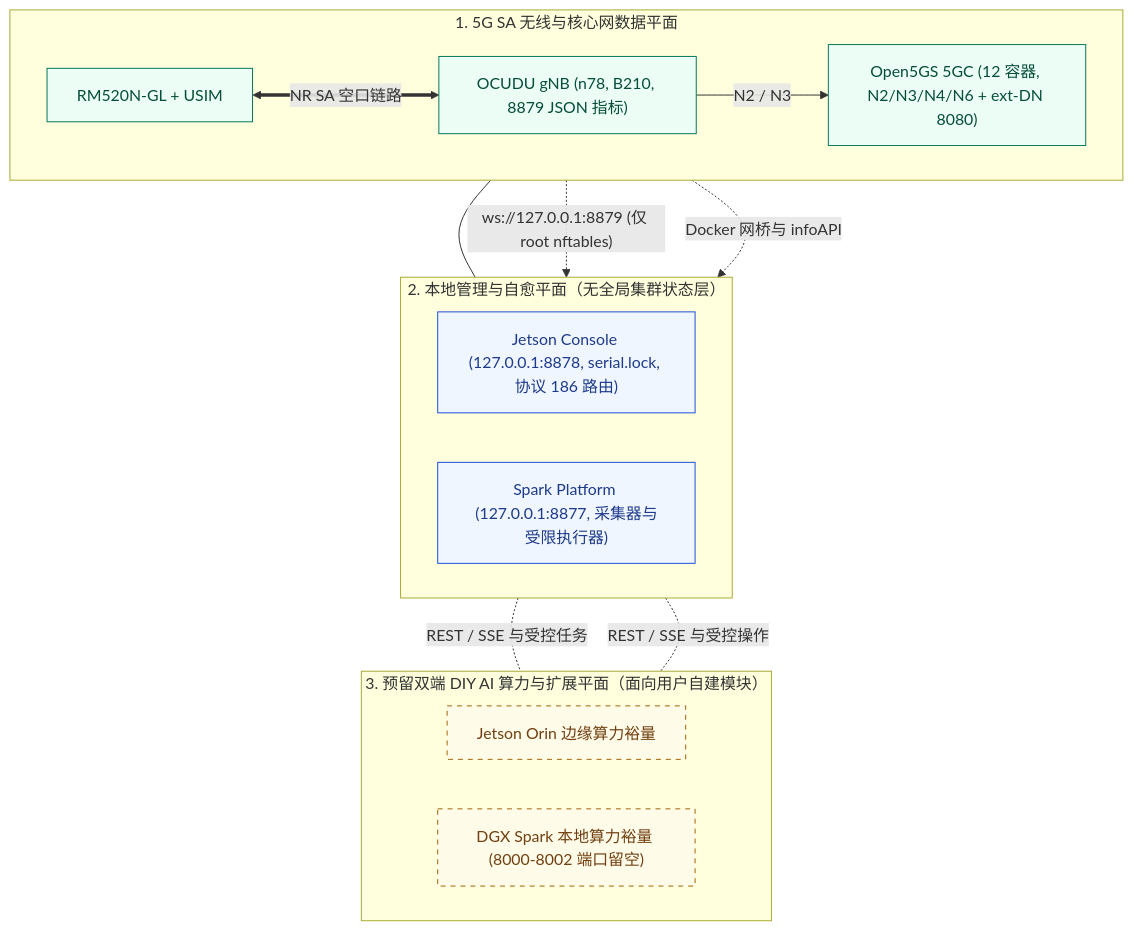
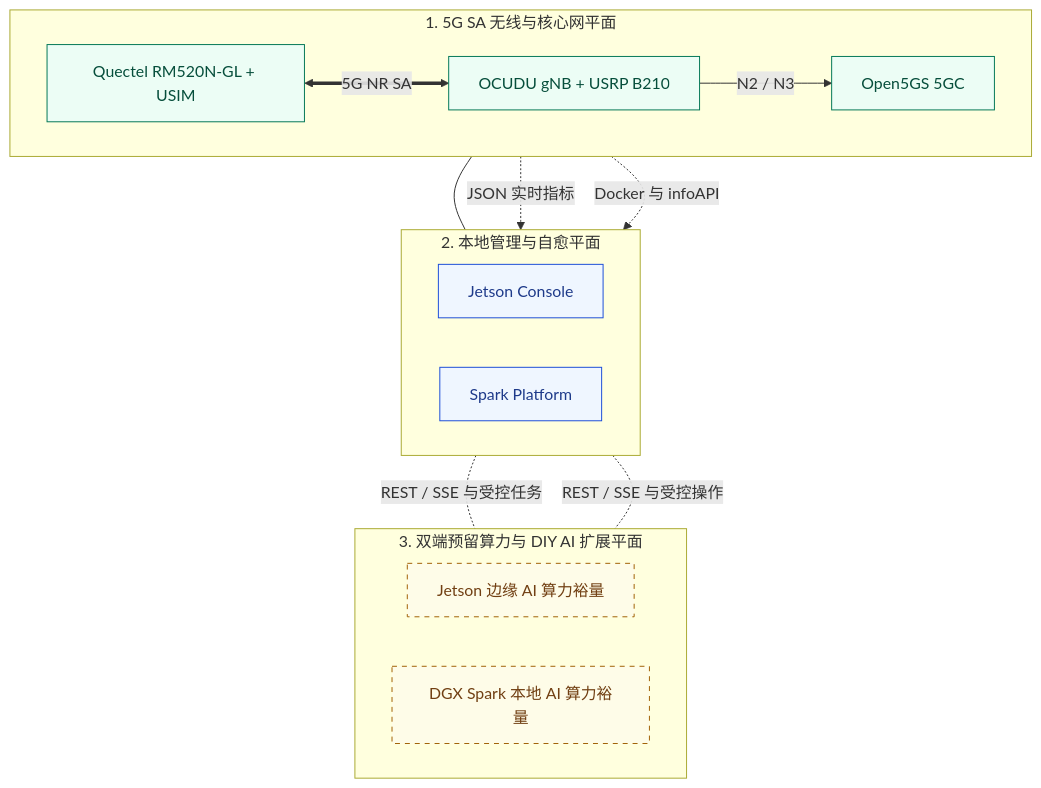
One commit to HKUOpenSource/OpenAirKit changed the diagram in docs/architecture.zh-CN.md. Above: the diagram before and after it, drawn with Mermaid. The commit also changed other lines of this file and 48 other files, not shown here.

````diff
--- a/docs/architecture.zh-CN.md
+++ b/docs/architecture.zh-CN.md
@@ -14,34 +19,33 @@
 ```mermaid
 flowchart TB
-  classDef hw fill:#f1f5f9,stroke:#475569,color:#0f172a
   classDef stack fill:#ecfdf5,stroke:#047857,color:#064e3b
   classDef mgmt fill:#eff6ff,stroke:#1d4ed8,color:#1e3a8a
   classDef ai fill:#fefce8,stroke:#a16207,stroke-dasharray:5 5,color:#713f12
 
-  subgraph AI["3. 预留双端 DIY AI 算力与扩展平面（面向用户自建模块）"]
+  subgraph AI["3. 双端预留算力与 DIY AI 扩展平面"]
     direction LR
-    JAI["Jetson Orin 边缘算力裕量"]:::ai
-    SAI["DGX Spark 本地算力裕量 (8000-8002 端口留空)"]:::ai
+    JAI["Jetson 边缘 AI 算力裕量"]:::ai
+    SAI["DGX Spark 本地 AI 算力裕量"]:::ai
   end
 
-  subgraph MGMT["2. 本地管理与自愈平面（无全局集群状态层）"]
+  subgraph MGMT["2. 本地管理与自愈平面"]
     direction LR
-    JC["Jetson Console (127.0.0.1:8878, serial.lock, 协议 186 路由)"]:::mgmt
-    SP["Spark Platform (127.0.0.1:8877, 采集器与受限执行器)"]:::mgmt
+    JC["Jetson Console"]:::mgmt
+    SP["Spark Platform"]:::mgmt
   end
 
-  subgraph STACK["1. 5G SA 无线与核心网数据平面"]
+  subgraph STACK["1. 5G SA 无线与核心网平面"]
     direction LR
-    RM["RM520N-GL + USIM"]:::stack
-    GNB["OCUDU gNB (n78, B210, 8879 JSON 指标)"]:::stack
-    CORE["Open5GS 5GC (12 容器, N2/N3/N4/N6 + ext-DN 8080)"]:::stack
-    RM <== "NR SA 空口链路" ==> GNB
+    RM["Quectel RM520N-GL + USIM"]:::stack
+    GNB["OCUDU gNB + USRP B210"]:::stack
+    CORE["Open5GS 5GC"]:::stack
+    RM <== "5G NR SA" ==> GNB
     GNB -- "N2 / N3" --> CORE
   end
 
   RM --- JC
-  GNB -. "ws://127.0.0.1:8879 (仅 root nftables)" .-> SP
-  CORE -. "Docker 网桥与 infoAPI" .-> SP
+  GNB -. "JSON 实时指标" .-> SP
+  CORE -. "Docker 与 infoAPI" .-> SP
   JC -. "REST / SSE 与受控任务" .- JAI
   SP -. "REST / SSE 与受控操作" .- SAI
 ```
````
